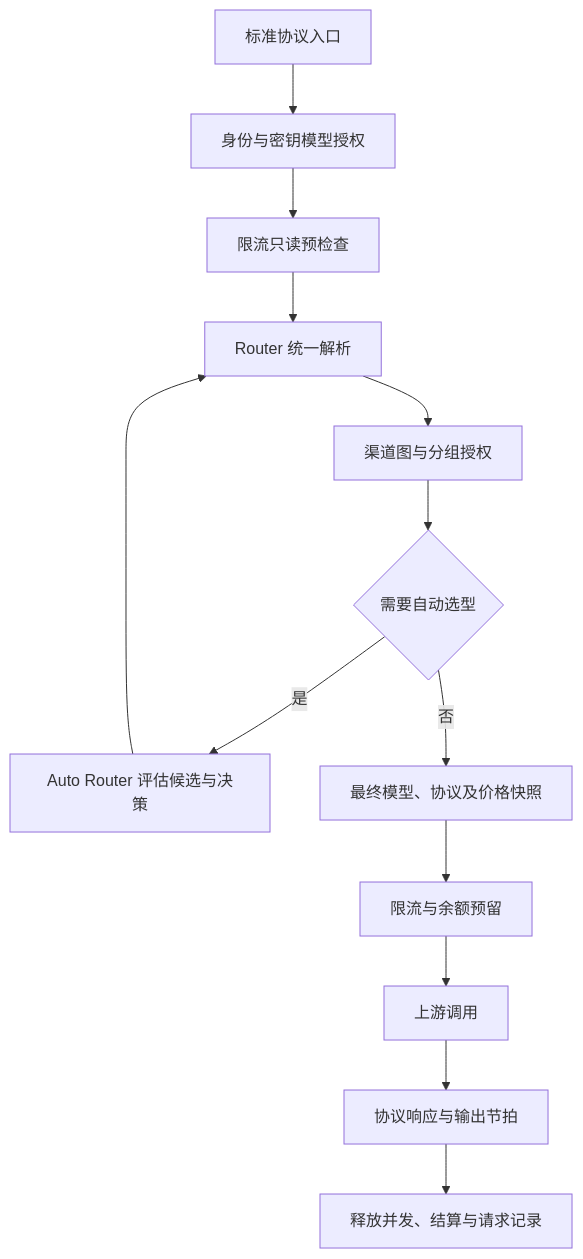
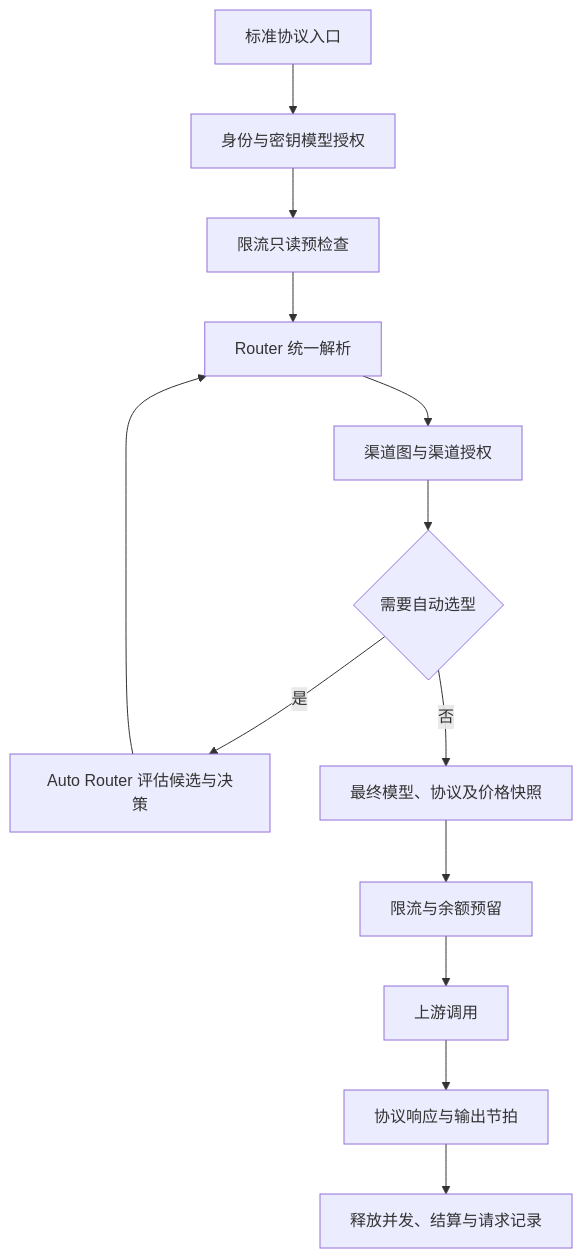
Before and after one commit to MoeClub-Open/PluHub: the first of 2 diagrams in docs/PLUGIN_ARCHITECTURE.md, drawn with Mermaid. The commit also changed other lines of this file and 34 other files, not shown here.

````diff
--- a/docs/PLUGIN_ARCHITECTURE.md
+++ b/docs/PLUGIN_ARCHITECTURE.md
@@ -34,15 +34,15 @@
 ```mermaid
 flowchart TD
     A[标准协议入口] --> B[身份与密钥模型授权]
     B --> C[限流只读预检查]
     C --> D[Router 统一解析]
-    D --> E[渠道图与分组授权]
+    D --> E[渠道图与渠道授权]
     E --> F{需要自动选型}
     F -->|是| G[Auto Router 评估候选与决策]
     G --> D
     F -->|否| H[最终模型、协议及价格快照]
     H --> I[限流与余额预留]
     I --> J[上游调用]
     J --> K[协议响应与输出节拍]
     K --> L[释放并发、结算与请求记录]
 ```
````
